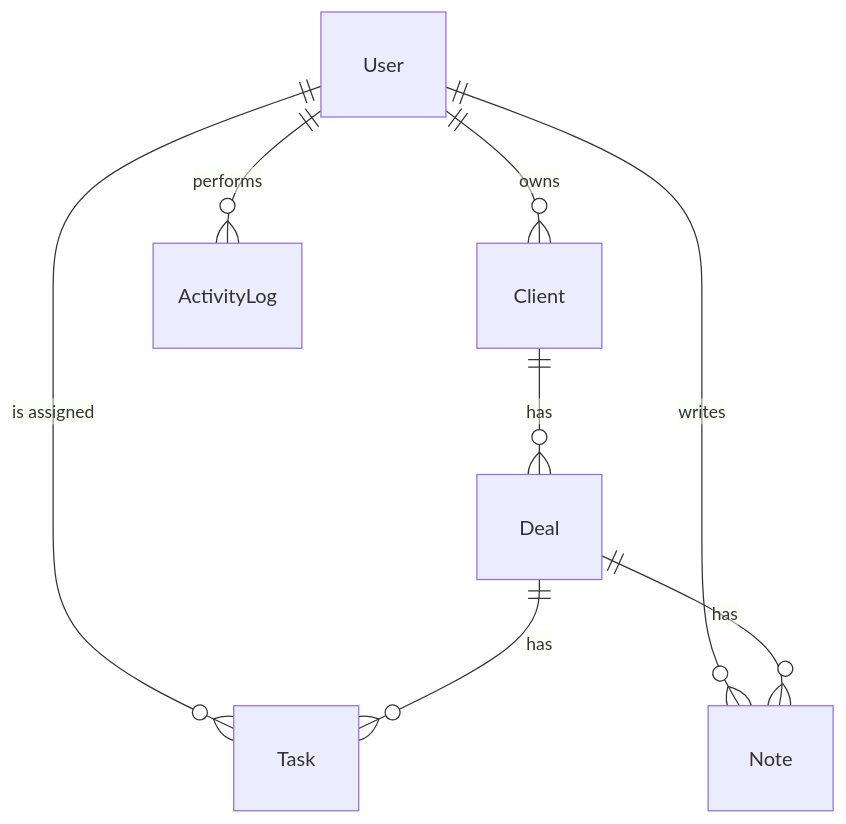
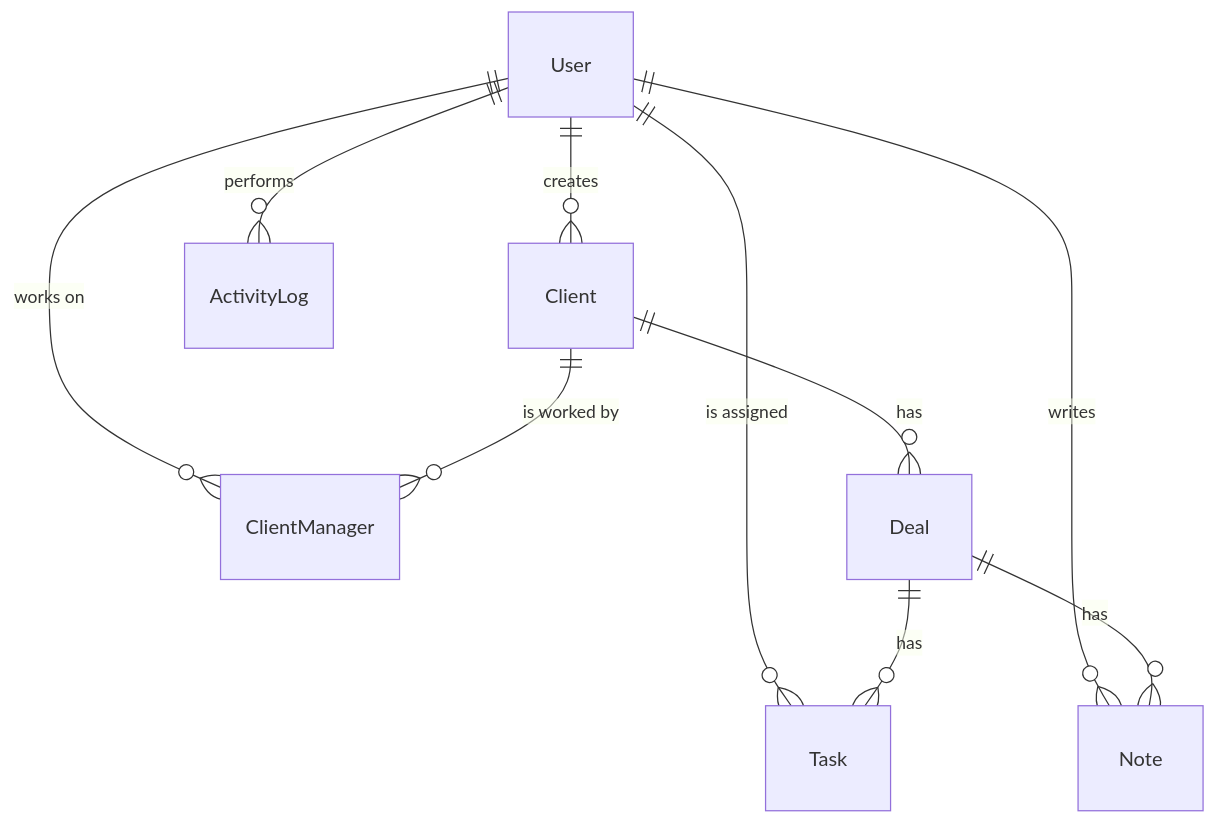
One commit to dabrbb/ClientFlow-CRM changed the diagram in README.md. Above: the diagram before and after it, drawn with Mermaid. The commit also changed other lines of this file, not shown here.

````diff
--- a/README.md
+++ b/README.md
@@ -65,10 +79,12 @@
 ```mermaid
 erDiagram
-    User ||--o{ Client : owns
+    User ||--o{ Client : creates
+    User ||--o{ ClientManager : "works on"
+    Client ||--o{ ClientManager : "is worked by"
     User ||--o{ Task : "is assigned"
     User ||--o{ Note : writes
     User ||--o{ ActivityLog : performs
     Client ||--o{ Deal : has
     Deal ||--o{ Task : has
     Deal ||--o{ Note : has
 ```
````
